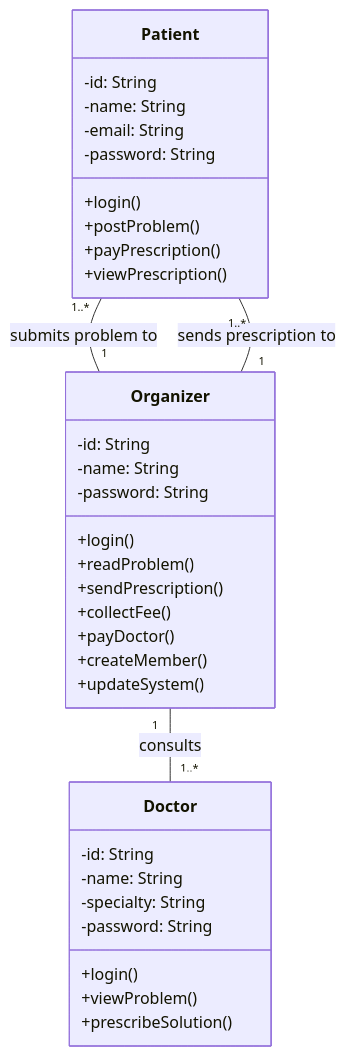
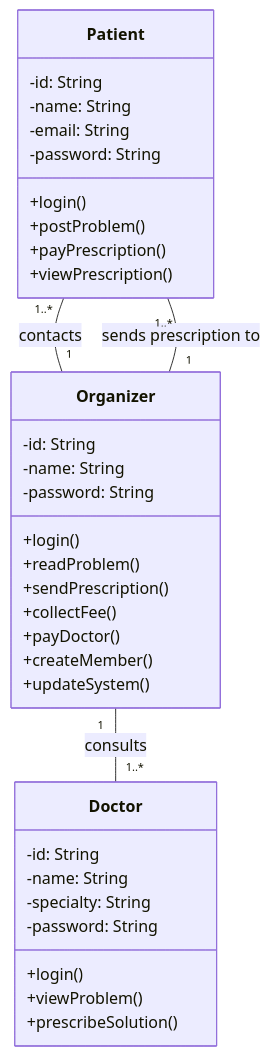
Before and after one commit to AlixBauret28/Practice_OOP_ULM: the first of 6 diagrams in exo1_hospital.md, drawn with Mermaid.

````diff
--- a/exo1_hospital.md
+++ b/exo1_hospital.md
@@ -6,40 +6,40 @@
 ```mermaid
 classDiagram
     class Patient {
         -id: String
         -name: String
         -email: String
         -password: String
         +login()
         +postProblem()
         +payPrescription()
         +viewPrescription()
     }
 
     class Doctor {
         -id: String
         -name: String
         -specialty: String
         -password: String
         +login()
         +viewProblem()
         +prescribeSolution()
     }
 
     class Organizer {
         -id: String
         -name: String
         -password: String
         +login()
         +readProblem()
         +sendPrescription()
         +collectFee()
         +payDoctor()
         +createMember()
         +updateSystem()
     }
 
-    Patient "1..*" -- "1" Organizer : submits problem to
+    Patient "1..*" -- "1" Organizer : contacts
     Organizer "1" -- "1..*" Doctor : consults
     Organizer "1" -- "1..*" Patient : sends prescription to
 ```
````
